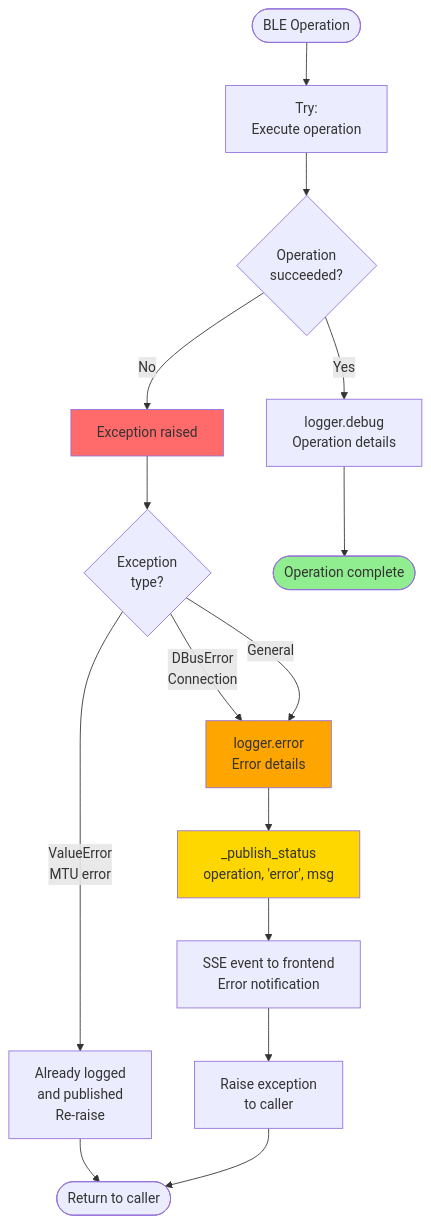
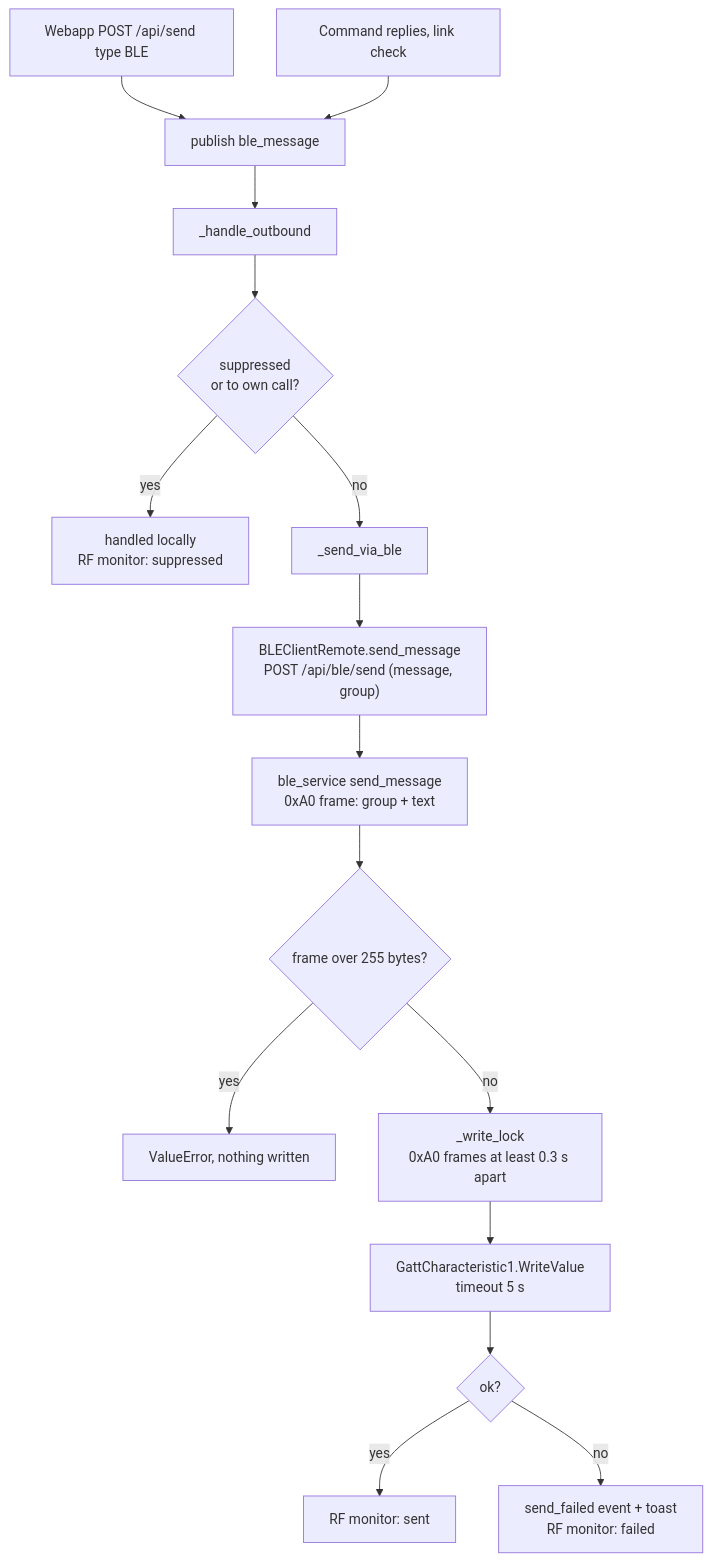
Before and after one commit to DK5EN/McApp: the eighth of 9 diagrams in doc/ble-state-machine.md, drawn with Mermaid. The commit also changed other lines of this file and 1 other file, not shown here.

First line of the commit message:
[docs] Rewrite ble-state-machine.md for the ble_service architecture

````diff
--- a/doc/ble-state-machine.md
+++ b/doc/ble-state-machine.md
@@ -395,28 +340,18 @@
 ```mermaid
 flowchart TD
-    Start([BLE Operation]) --> TryBlock[Try:<br/>Execute operation]
-
-    TryBlock --> OpSuccess{Operation<br/>succeeded?}
-
-    OpSuccess -->|Yes| LogDebug[logger.debug<br/>Operation details]
-    OpSuccess -->|No| Exception[Exception raised]
-
-    Exception --> CatchBlock{Exception<br/>type?}
-
-    CatchBlock -->|ValueError<br/>MTU error| AlreadyHandled[Already logged<br/>and published<br/>Re-raise]
-    CatchBlock -->|DBusError<br/>Connection| LogError[logger.error<br/>Error details]
-    CatchBlock -->|General| LogError
-
-    LogError --> PublishStatus[_publish_status<br/>operation, 'error', msg]
-    PublishStatus --> NotifyFrontend[SSE event to frontend<br/>Error notification]
-    NotifyFrontend --> Reraise[Raise exception<br/>to caller]
-
-    LogDebug --> Success([Operation complete])
-    AlreadyHandled --> Caller([Return to caller])
-    Reraise --> Caller
-
-    style Exception fill:#FF6B6B
-    style LogError fill:#FFA500
-    style PublishStatus fill:#FFD700
-    style Success fill:#90EE90
+    W[Webapp POST /api/send type BLE] --> Pub[publish ble_message]
+    Cmd[Command replies, link check] --> Pub
+    Pub --> Out[_handle_outbound]
+    Out --> Supp{suppressed<br/>or to own call?}
+    Supp -->|yes| Local[handled locally<br/>RF monitor: suppressed]
+    Supp -->|no| Via[_send_via_ble]
+    Via --> Rem["BLEClientRemote.send_message<br/>POST /api/ble/send (message, group)"]
+    Rem --> SvcSend["ble_service send_message<br/>0xA0 frame: group + text"]
+    SvcSend --> Len{frame over 255 bytes?}
+    Len -->|yes| Err[ValueError, nothing written]
+    Len -->|no| Lock[_write_lock<br/>0xA0 frames at least 0.3 s apart]
+    Lock --> Write[GattCharacteristic1.WriteValue<br/>timeout 5 s]
+    Write --> Res{ok?}
+    Res -->|yes| Sent[RF monitor: sent]
+    Res -->|no| Fail[send_failed event + toast<br/>RF monitor: failed]
 ```
````
